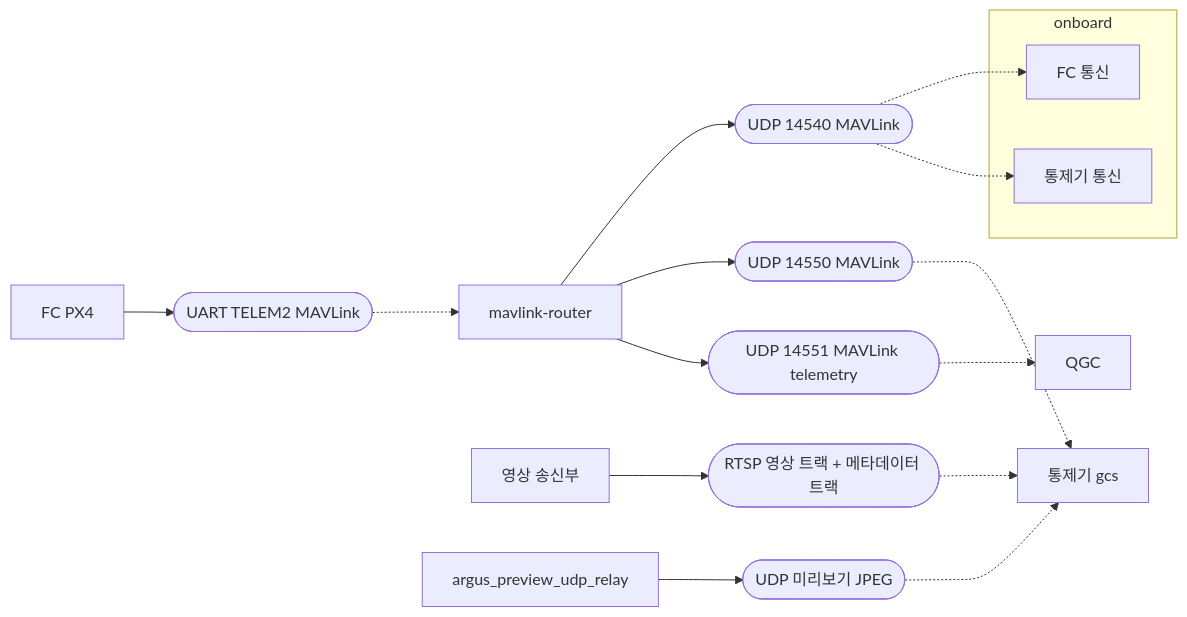
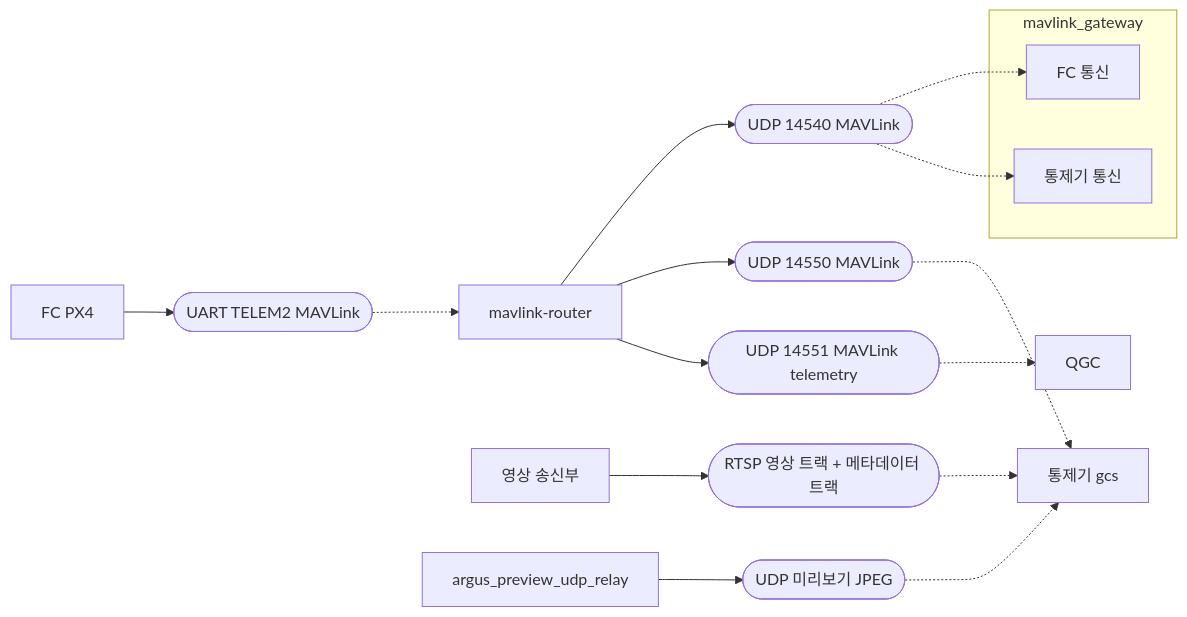
One commit to lig-argus/argus-edge-vision changed the fourth of 4 diagrams in docs/design/uml/component.md. Above: the diagram before and after it, drawn with Mermaid. The commit also changed other lines of this file and 44 other files, not shown here.

First line of the commit message:
refactor(onboard): FC, 통제기 통신 프로세스의 이름을 onboard 에서 mavlink_gateway 로 변경 (#83)

````diff
--- a/docs/design/uml/component.md
+++ b/docs/design/uml/component.md
@@ -115,34 +115,34 @@
 ```mermaid
 flowchart LR
     FC[FC PX4]
     router[mavlink-router]
-    subgraph onboard [onboard]
+    subgraph mavlink_gateway [mavlink_gateway]
         fc_link[FC 통신]
         gcs_link[통제기 통신]
     end
     vtx[영상 송신부]
     relay[argus_preview_udp_relay]
     gcs[통제기 gcs]
     qgc[QGC]
 
     i_uart([UART TELEM2 MAVLink])
     i_14540([UDP 14540 MAVLink])
     i_14550([UDP 14550 MAVLink])
     i_14551([UDP 14551 MAVLink telemetry])
     i_rtsp([RTSP 영상 트랙 + 메타데이터 트랙])
     i_preview([UDP 미리보기 JPEG])
 
     FC --> i_uart
     i_uart -.-> router
     router --> i_14540
     router --> i_14550
     router --> i_14551
     i_14540 -.-> fc_link
     i_14540 -.-> gcs_link
     i_14550 -.-> gcs
     i_14551 -.-> qgc
     vtx --> i_rtsp
     i_rtsp -.-> gcs
     relay --> i_preview
     i_preview -.-> gcs
 ```
````
